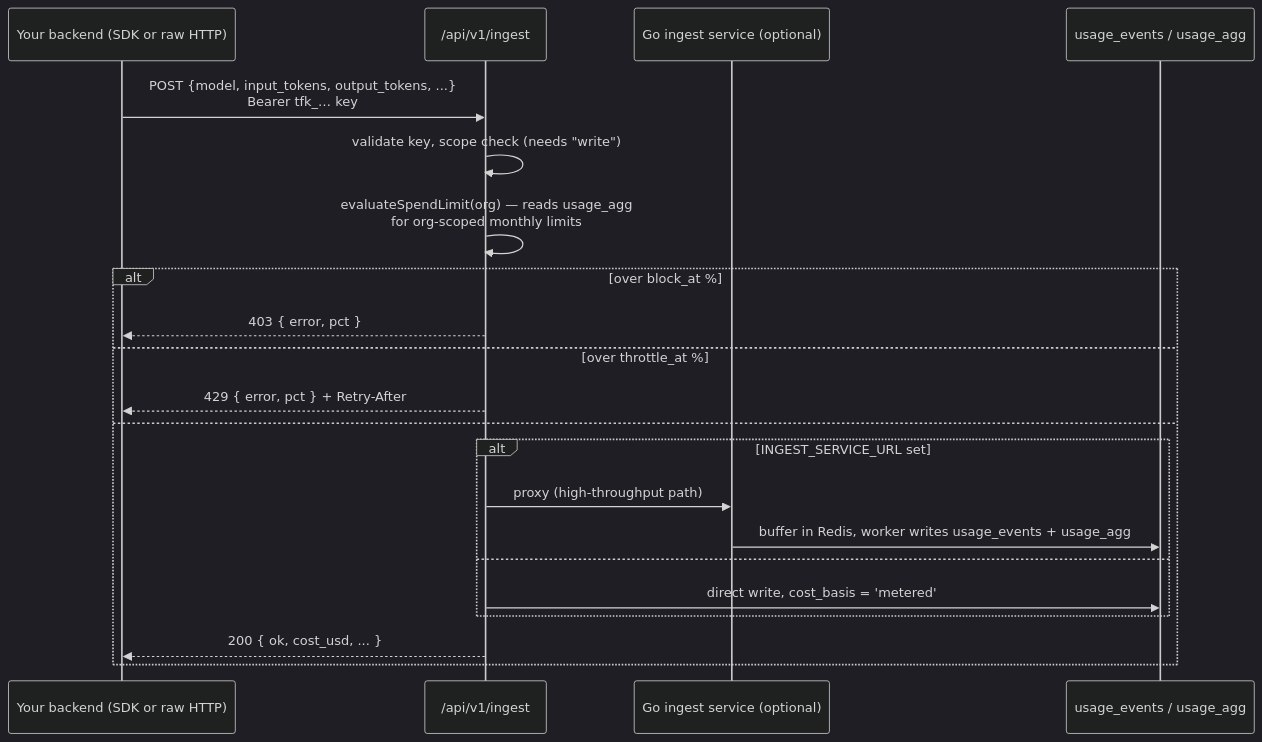
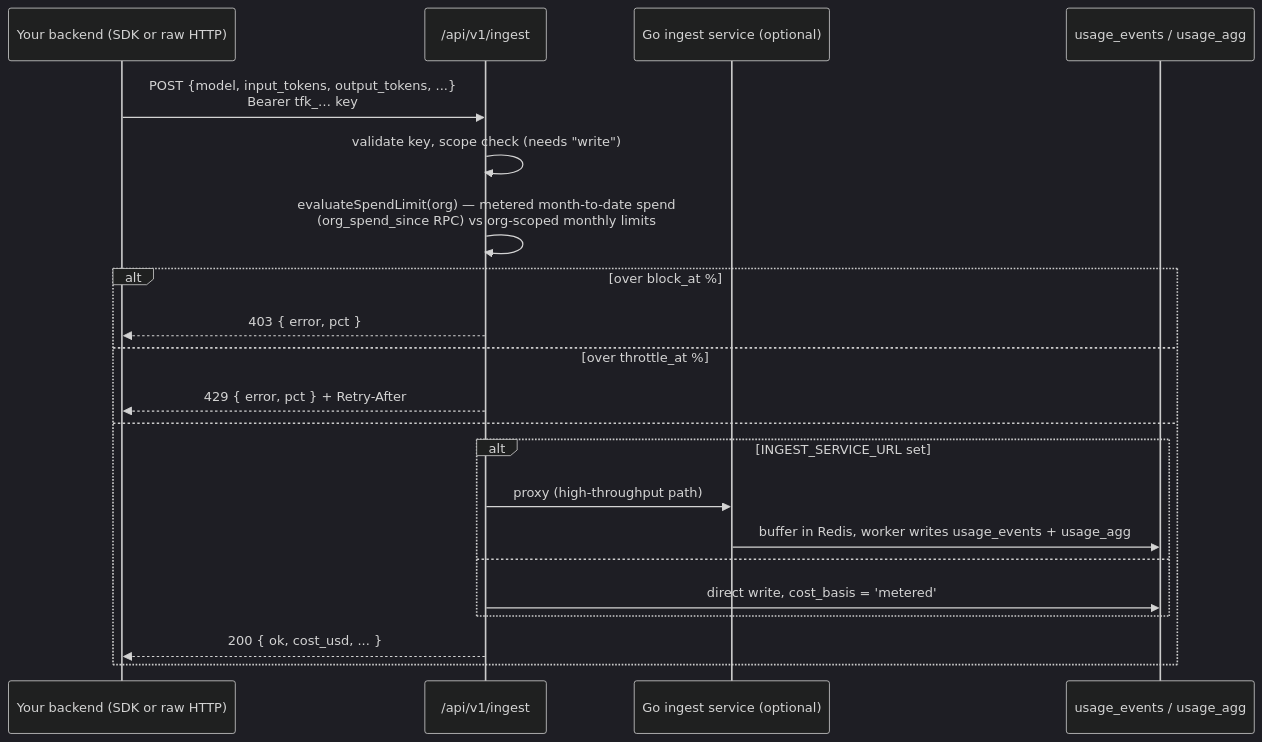
The second of 2 diagrams in docs/data-flow.md (pankajneema/tokenfin), drawn with Mermaid (dark theme) before and after one commit. The commit also changed other lines of this file and 135 other files, not shown here.

````diff
--- a/docs/data-flow.md
+++ b/docs/data-flow.md
@@ -140,24 +141,24 @@
 ```mermaid
 sequenceDiagram
     participant Caller as Your backend (SDK or raw HTTP)
     participant Route as /api/v1/ingest
     participant Go as Go ingest service (optional)
     participant DB as usage_events / usage_agg
 
     Caller->>Route: POST {model, input_tokens, output_tokens, ...}<br/>Bearer tfk_… key
     Route->>Route: validate key, scope check (needs "write")
-    Route->>Route: evaluateSpendLimit(org) — reads usage_agg<br/>for org-scoped monthly limits
+    Route->>Route: evaluateSpendLimit(org) — metered month-to-date spend<br/>(org_spend_since RPC) vs org-scoped monthly limits
     alt over block_at %
         Route-->>Caller: 403 { error, pct }
     else over throttle_at %
         Route-->>Caller: 429 { error, pct } + Retry-After
     else
         alt INGEST_SERVICE_URL set
             Route->>Go: proxy (high-throughput path)
             Go->>DB: buffer in Redis, worker writes usage_events + usage_agg
         else
             Route->>DB: direct write, cost_basis = 'metered'
         end
         Route-->>Caller: 200 { ok, cost_usd, ... }
     end
 ```
````
